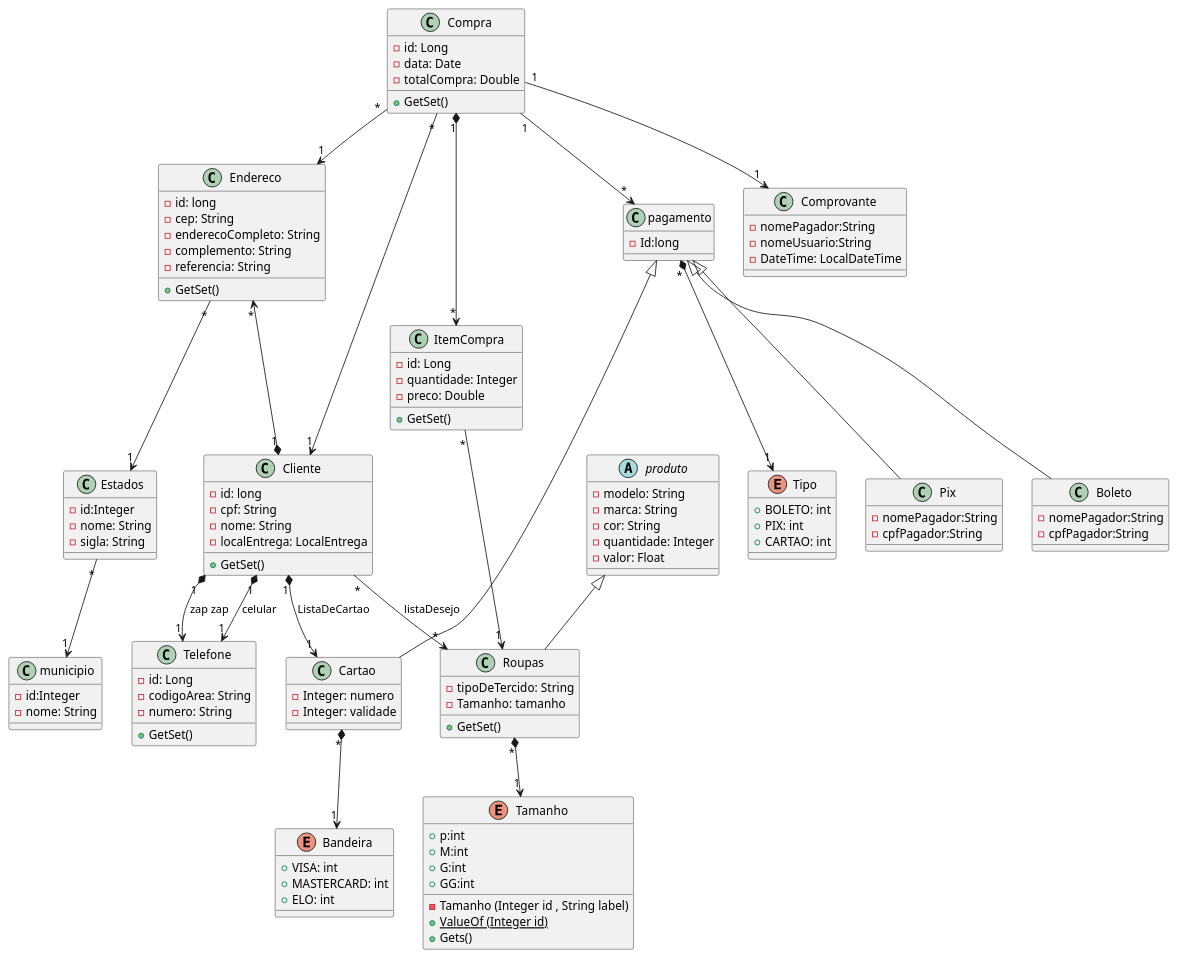
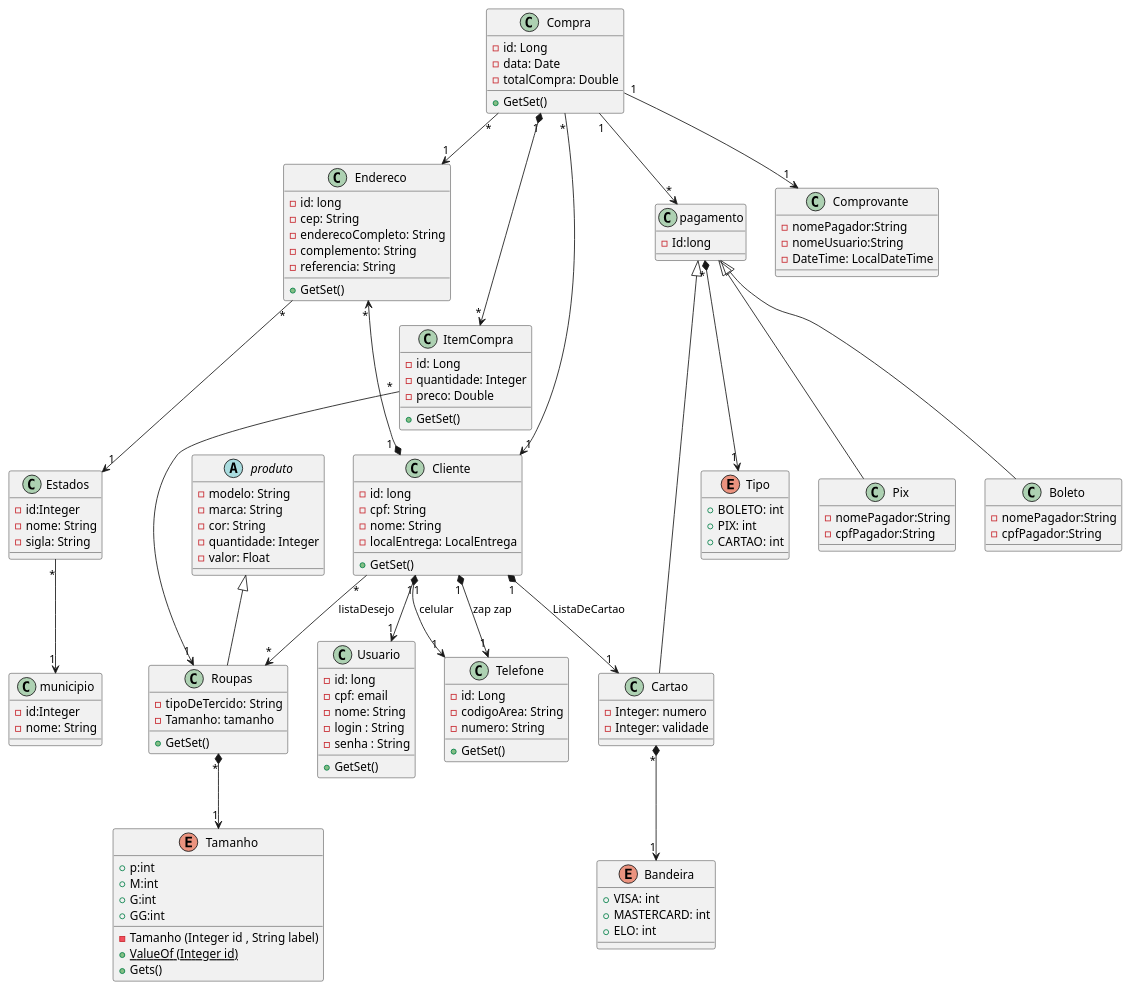
Before and after one commit to Jeezyel/topicos1: the diagram in src/main/java/br/unitins/UML.plantuml, drawn with PlantUML. The commit also changed 6 other files, not shown here.

```diff
--- a/src/main/java/br/unitins/UML.plantuml
+++ b/src/main/java/br/unitins/UML.plantuml
@@ -1,148 +1,158 @@
 @startuml UML
 
 class Roupas{
     - tipoDeTercido: String
     - Tamanho: tamanho
 
     + GetSet()
 
 
 }
+class Usuario {
+    -id: long
+    - cpf: email
+    - nome: String
+    - login : String
+    - senha : String
+
+    + GetSet()
+}
+
 class Cliente{
     -id: long
     - cpf: String
     - nome: String
     - localEntrega: LocalEntrega
 
     + GetSet()
 }
 
 class Endereco{
     - id: long
     - cep: String
     - enderecoCompleto: String
     - complemento: String
     - referencia: String
 
     + GetSet()
 }
 class ItemCompra {
     - id: Long
     - quantidade: Integer
     - preco: Double
     
     + GetSet()
 }
 class Compra {
     - id: Long
     - data: Date
     - totalCompra: Double
     
     + GetSet()
 }
 class Telefone {
     - id: Long
     - codigoArea: String
     - numero: String
     
     + GetSet()
 }
 class municipio{
     -id:Integer
     -nome: String
 
 }
 class Estados{
     -id:Integer
     -nome: String
     -sigla: String
 }
 enum Tamanho{
     + p:int
     + M:int
     + G:int
     + GG:int
  
     - Tamanho (Integer id , String label)
     + {static}ValueOf (Integer id)
     + Gets()
 
 }
 abstract produto{
     - modelo: String
     - marca: String
     - cor: String
     - quantidade: Integer
     - valor: Float
     
 }
 class pagamento{
     -Id:long
 
     
 }
 class Cartao{
     -Integer: numero
     -Integer: validade
     
 }
 enum Bandeira{
     + VISA: int
     + MASTERCARD: int
     + ELO: int
     
 }
 enum Tipo{
     + BOLETO: int
     + PIX: int
     + CARTAO: int
     
 }
 class Pix{
     -nomePagador:String
     -cpfPagador:String
 }
 class Boleto{
     -nomePagador:String
     -cpfPagador:String
 }
 class Comprovante{
     -nomePagador:String
     -nomeUsuario:String
     -DateTime: LocalDateTime
 }
 
     pagamento <|-- Boleto
     pagamento <|-- Pix
     pagamento <|-- Cartao
     produto <|-- Roupas
 
     Endereco "*" <--*"1" Cliente
-
+    Cliente "1" --> "1" Usuario
     Cliente "*" --> "*" Roupas: listaDesejo
 
     Compra "1" *--> "*" ItemCompra
     Compra "*" --> "1" Cliente
     Compra "*"  --> "1" Endereco
     Compra "1" --> "1" Comprovante
     
 
     ItemCompra "*" --> "1" Roupas
 
     Cliente "1" *--> "1" Telefone: celular
     Cliente "1" *--> "1" Cartao: ListaDeCartao
     Cliente "1" *--> "1" Telefone: zap zap
 
     Compra "1"-->"*" pagamento
 
 
 
 
     Roupas "*" *--> "1" Tamanho
     Cartao "*" *--> "1" Bandeira
     pagamento "*" *--> "1" Tipo
 
     Endereco "*"--> "1" Estados
 
     Estados "*"--> "1" municipio
 @enduml
```
